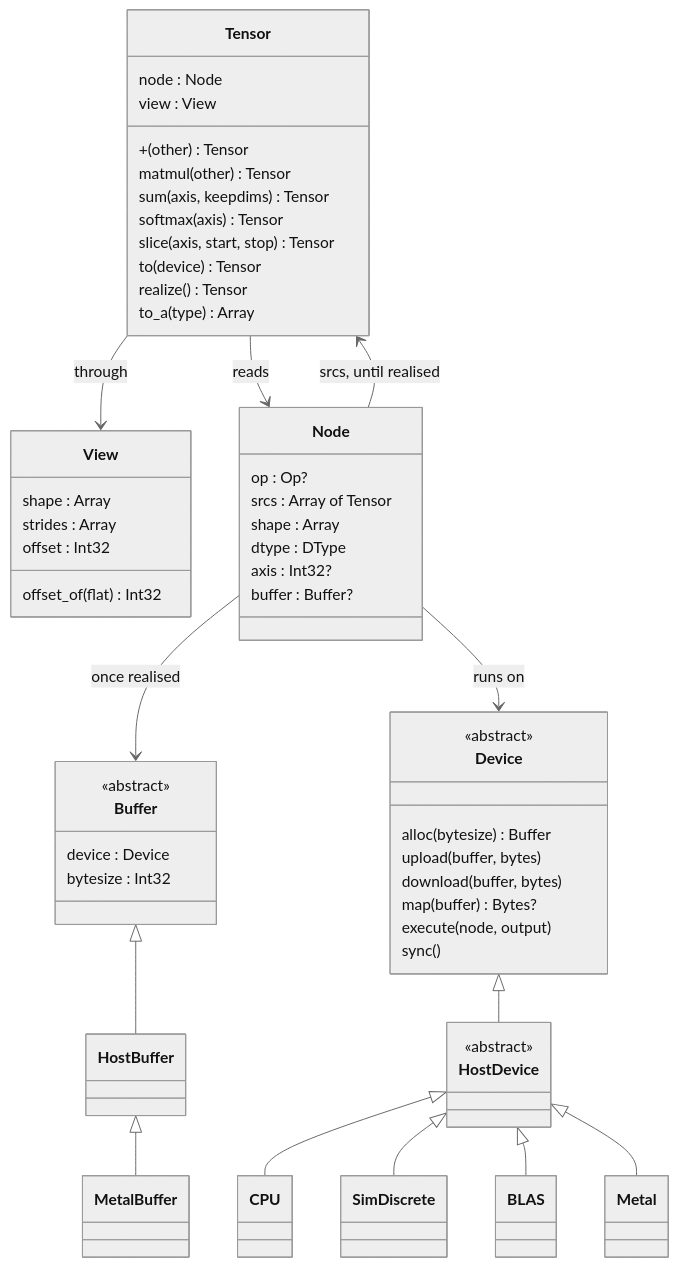
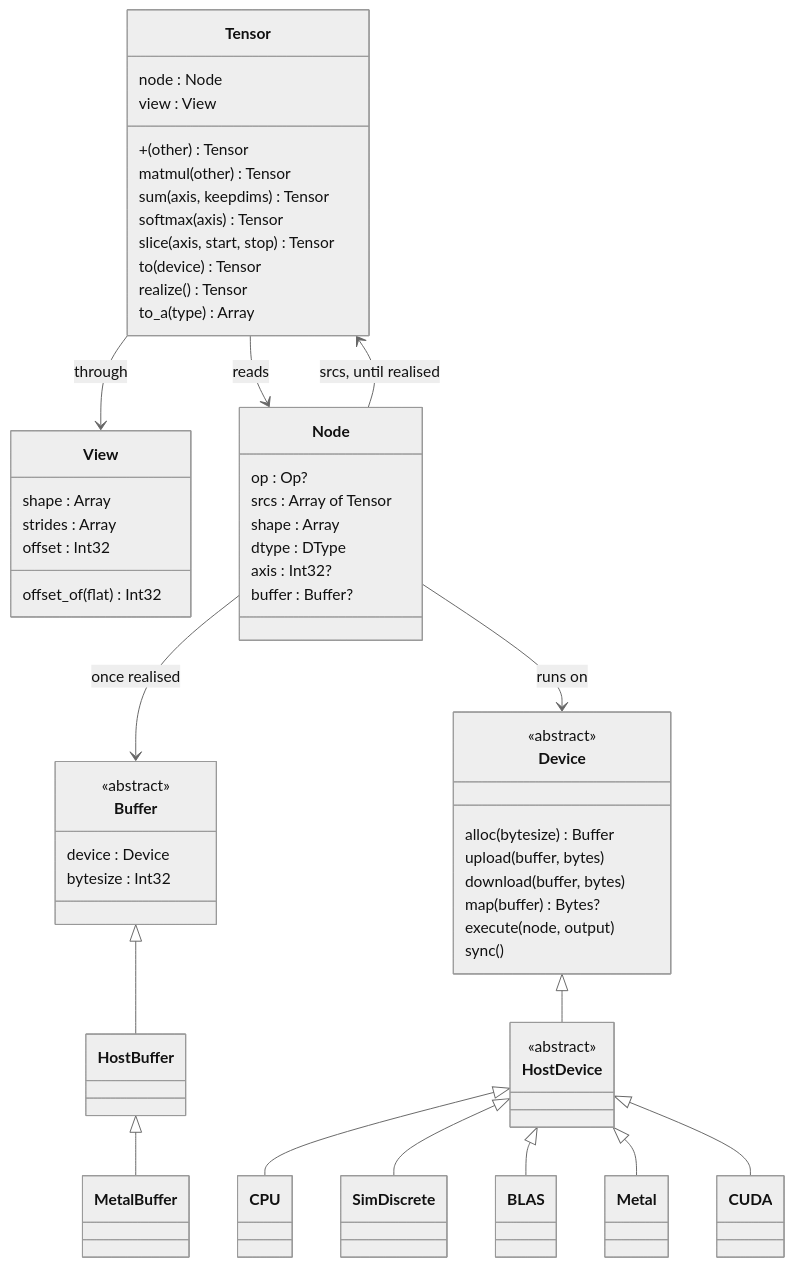
Before and after one commit to nogginly/tensomite.cr: the second of 26 diagrams in DESIGN.md, drawn with Mermaid (neutral theme). The commit also changed other lines of this file and 5 other files, not shown here.

````diff
--- a/DESIGN.md
+++ b/DESIGN.md
@@ -57,58 +70,59 @@
 ```mermaid
 classDiagram
     class Tensor {
         node : Node
         view : View
         +(other) Tensor
         matmul(other) Tensor
         sum(axis, keepdims) Tensor
         softmax(axis) Tensor
         slice(axis, start, stop) Tensor
         to(device) Tensor
         realize() Tensor
         to_a(type) Array
     }
     class View {
         shape : Array
         strides : Array
         offset : Int32
         offset_of(flat) Int32
     }
     class Node {
         op : Op?
         srcs : Array of Tensor
         shape : Array
         dtype : DType
         axis : Int32?
         buffer : Buffer?
     }
     class Device {
         <<abstract>>
         alloc(bytesize) Buffer
         upload(buffer, bytes)
         download(buffer, bytes)
         map(buffer) Bytes?
         execute(node, output)
         sync()
     }
     class Buffer {
         <<abstract>>
         device : Device
         bytesize : Int32
     }
     class HostDevice {
         <<abstract>>
     }
     Tensor --> Node : reads
     Tensor --> View : through
     Node --> Tensor : srcs, until realised
     Node --> Buffer : once realised
     Node --> Device : runs on
     Device <|-- HostDevice
     HostDevice <|-- CPU
     HostDevice <|-- SimDiscrete
     HostDevice <|-- BLAS
     HostDevice <|-- Metal
+    HostDevice <|-- CUDA
     Buffer <|-- HostBuffer
     HostBuffer <|-- MetalBuffer
 ```
````
